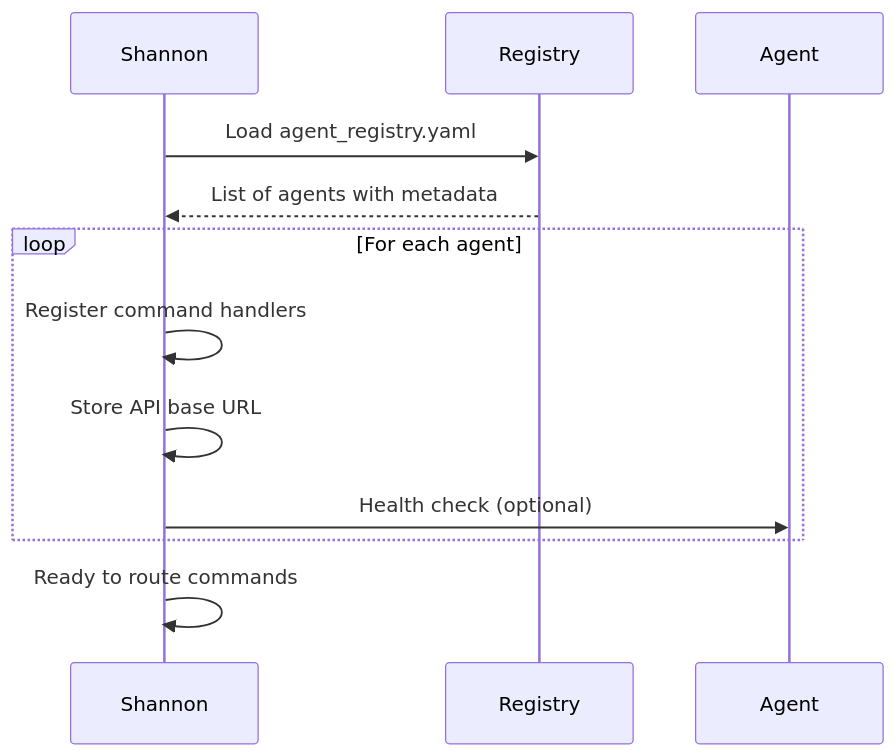
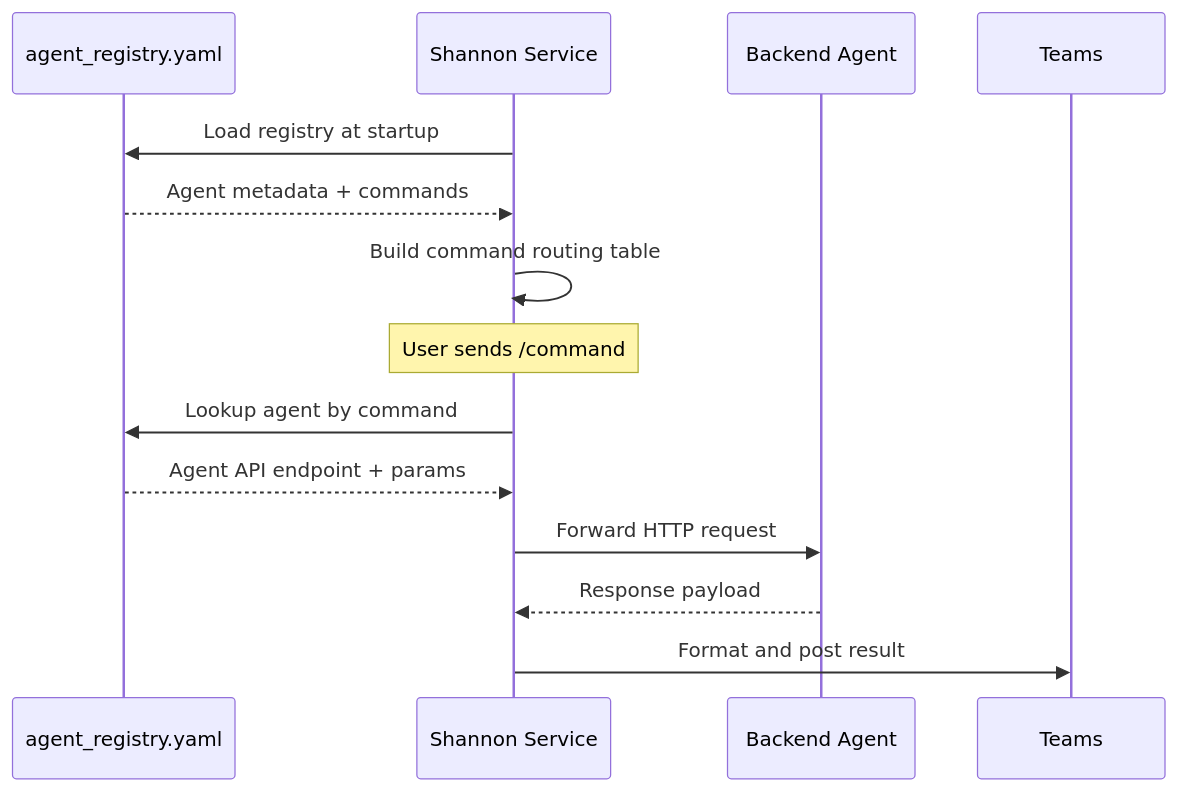
The second of 4 diagrams in agents/shannon/docs/config.md (jmac-cornelis/agent-workforce), drawn with Mermaid before and after one commit. The commit also changed other lines of this file and 7 other files, not shown here.

````diff
--- a/agents/shannon/docs/config.md
+++ b/agents/shannon/docs/config.md
@@ -72,15 +57,17 @@
 ```mermaid
 sequenceDiagram
-    participant Shannon
-    participant Registry
-    participant Agent
+    participant Config as agent_registry.yaml
+    participant Shannon as Shannon Service
+    participant Agent as Backend Agent
     
-    Shannon->>Registry: Load agent_registry.yaml
-    Registry-->>Shannon: List of agents with metadata
-    loop For each agent
-        Shannon->>Shannon: Register command handlers
-        Shannon->>Shannon: Store API base URL
-        Shannon->>Agent: Health check (optional)
-    end
-    Shannon->>Shannon: Ready to route commands
+    Shannon->>Config: Load registry at startup
+    Config-->>Shannon: Agent metadata + commands
+    Shannon->>Shannon: Build command routing table
+    
+    Note over Shannon: User sends /command
+    Shannon->>Config: Lookup agent by command
+    Config-->>Shannon: Agent API endpoint + params
+    Shannon->>Agent: Forward HTTP request
+    Agent-->>Shannon: Response payload
+    Shannon->>Teams: Format and post result
 ```
````
